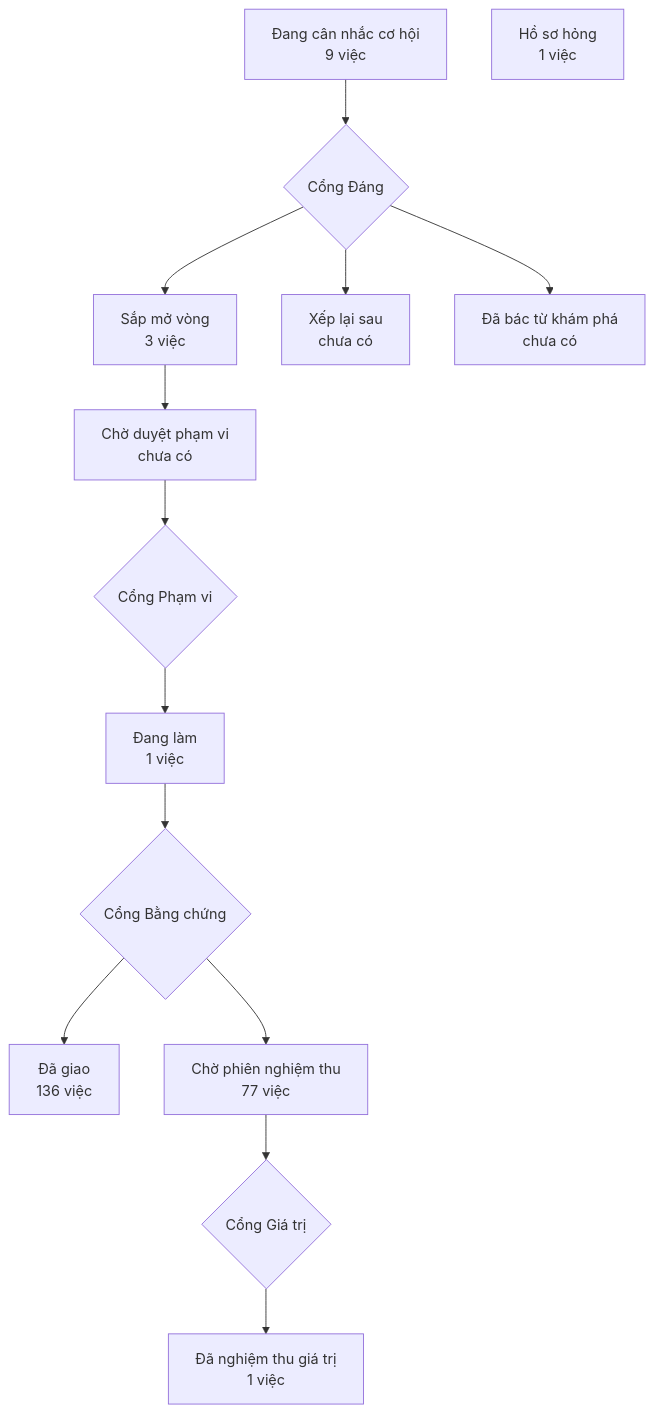
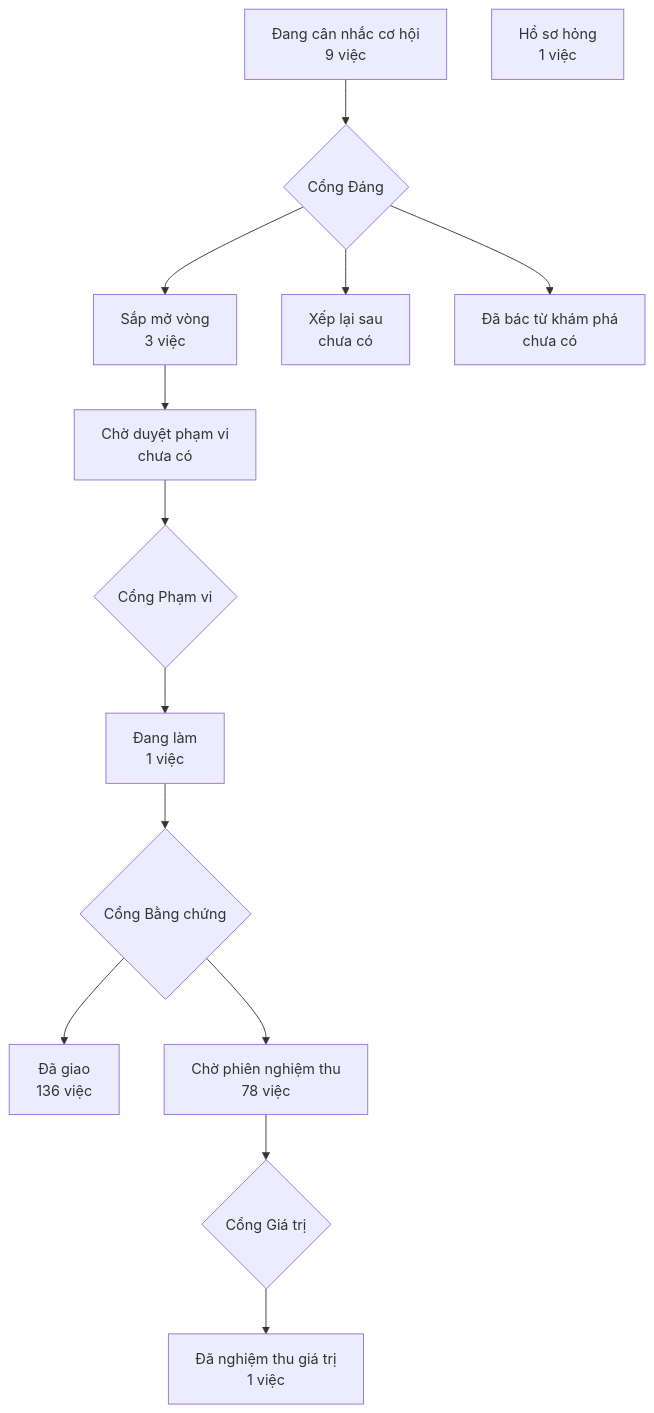
Before and after one commit to phanlemanh/crm-onehub: the diagram in PRODUCT-MAP.md, drawn with Mermaid. The commit also changed 1 other file, not shown here.

Commit message:
chore: vẽ lại bản đồ sản phẩm từ bản sạch sau gộp onehub 3f36c4c2

````diff
--- a/PRODUCT-MAP.md
+++ b/PRODUCT-MAP.md
@@ -7,13 +7,13 @@
 ```mermaid
 flowchart TD
   A["Đang cân nhắc cơ hội<br/>9 việc"] --> GD{"Cổng Đáng"}
   GD --> B["Sắp mở vòng<br/>3 việc"]
   GD --> XL["Xếp lại sau<br/>chưa có"]
   GD --> DB["Đã bác từ khám phá<br/>chưa có"]
   B --> CD["Chờ duyệt phạm vi<br/>chưa có"] --> GP{"Cổng Phạm vi"}
   GP --> DL["Đang làm<br/>1 việc"] --> GB{"Cổng Bằng chứng"}
   GB --> DG["Đã giao<br/>136 việc"]
-  GB --> CN["Chờ phiên nghiệm thu<br/>77 việc"] --> GG{"Cổng Giá trị"}
+  GB --> CN["Chờ phiên nghiệm thu<br/>78 việc"] --> GG{"Cổng Giá trị"}
   GG --> NT["Đã nghiệm thu giá trị<br/>1 việc"]
   HS["Hồ sơ hỏng<br/>1 việc"]
 ```
````
